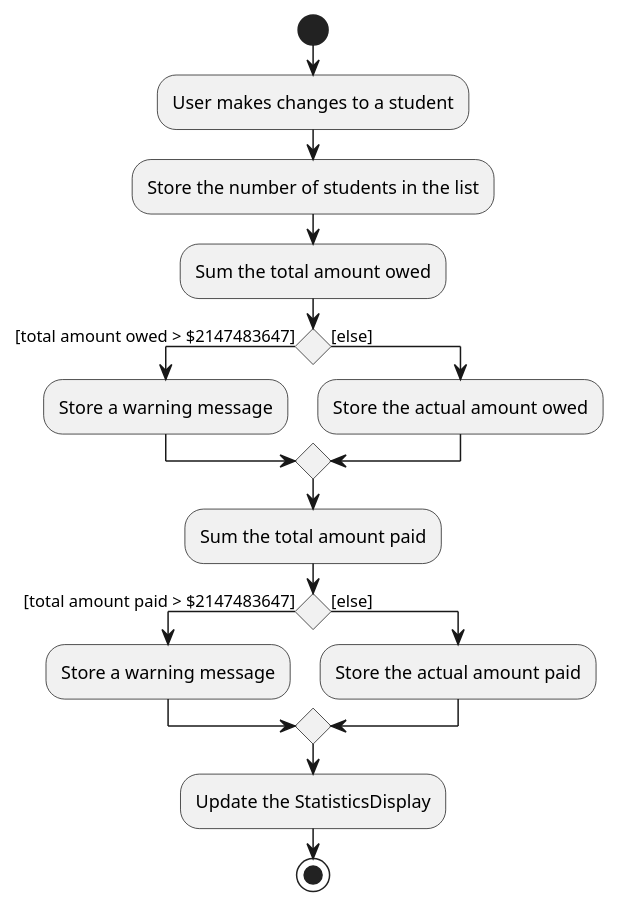
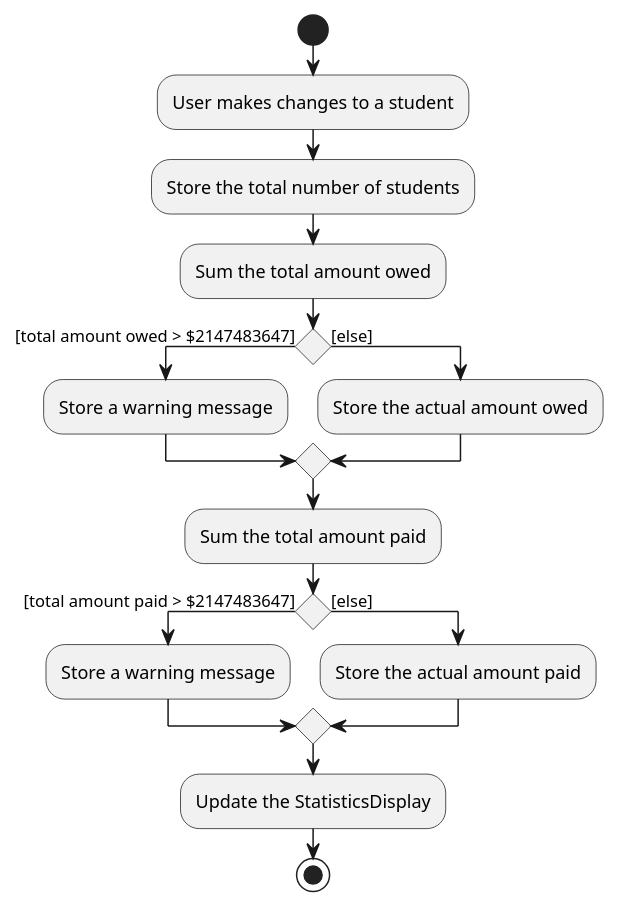
One commit to nus-cs2103-AY2223S1/tp changed the diagram in docs/diagrams/StatisticsWindowActivityDiagram.puml. Above: the diagram before and after it, drawn with PlantUML.

Commit message:
Fix statistics window activity diagram

```diff
--- a/docs/diagrams/StatisticsWindowActivityDiagram.puml
+++ b/docs/diagrams/StatisticsWindowActivityDiagram.puml
@@ -1,30 +1,30 @@
 @startuml
 start
 :User makes changes to a student;
 
 'Since the beta syntax does not support placing the condition outside the
 'diamond we place it as the true branch instead.
 
-:Store the number of students in the list;
+:Store the total number of students;
 
 :Sum the total amount owed;
 
 if () then ([total amount owed > $2147483647])
     :Store a warning message;
 else ([else])
     :Store the actual amount owed;
 
 endif
 
 :Sum the total amount paid;
 
 if () then ([total amount paid > $2147483647])
     :Store a warning message;
 else ([else])
     :Store the actual amount paid;
 
 endif
 
 :Update the StatisticsDisplay;
 stop
 @enduml
```
